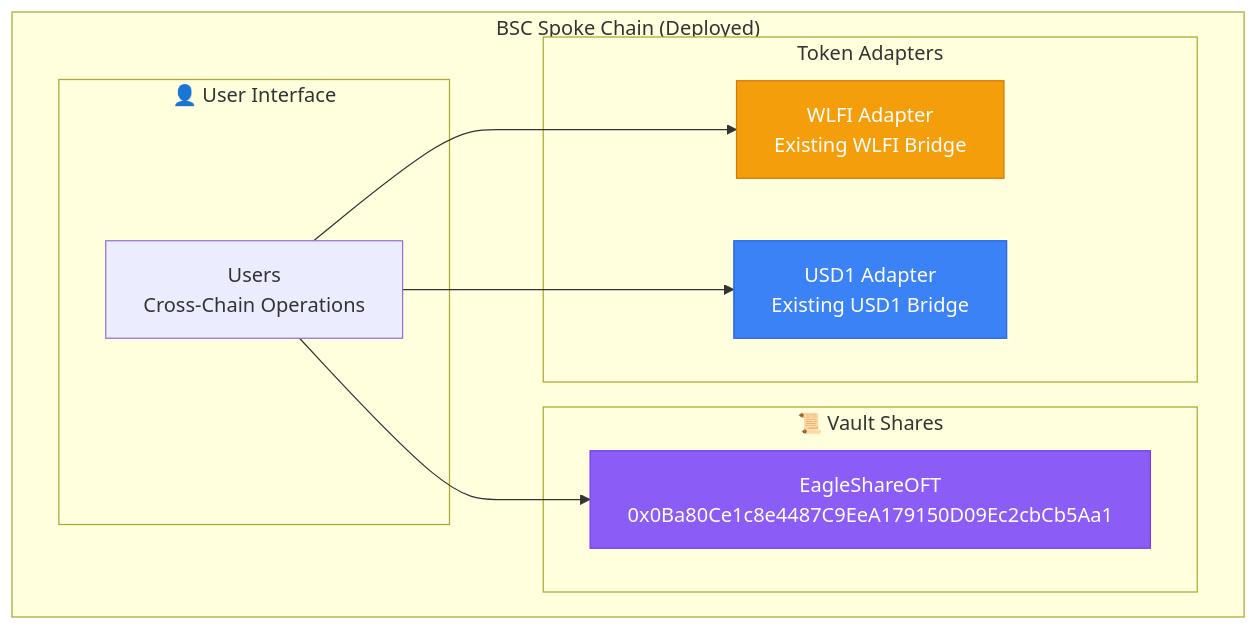
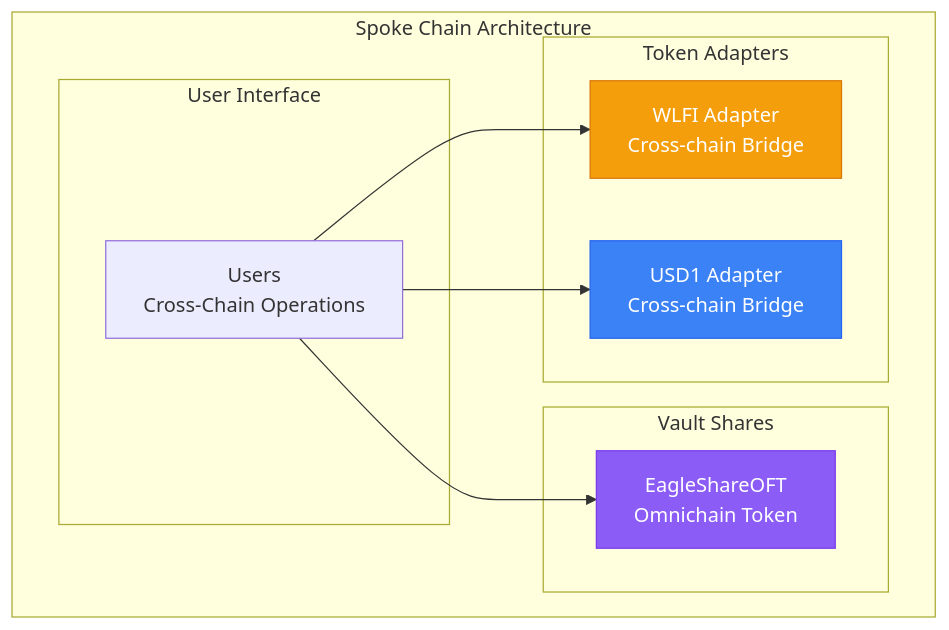
One commit to 47-Eagle/docs changed the second of 5 diagrams in docs/dev/architecture.md. Above: the diagram before and after it, drawn with Mermaid. The commit also changed other lines of this file, not shown here.

First line of the commit message:
🔒 Complete BSC/BNB Chain Redaction from Architecture

````diff
--- a/docs/dev/architecture.md
+++ b/docs/dev/architecture.md
@@ -162,25 +162,25 @@
 ```mermaid
 graph TB
-    subgraph "BSC Spoke Chain (Deployed)"
+    subgraph "Spoke Chain Architecture"
         subgraph "Token Adapters"
-            WA[WLFI Adapter<br/>Existing WLFI Bridge]
-            UA[USD1 Adapter<br/>Existing USD1 Bridge]
+            WA[WLFI Adapter<br/>Cross-chain Bridge]
+            UA[USD1 Adapter<br/>Cross-chain Bridge]
         end
         
-        subgraph "📜 Vault Shares"
-            SO[EagleShareOFT<br/>0x0Ba80Ce1c8e4487C9EeA179150D09Ec2cbCb5Aa1]
+        subgraph "Vault Shares"
+            SO[EagleShareOFT<br/>Omnichain Token]
         end
         
-        subgraph "👤 User Interface"
+        subgraph "User Interface"
             USER[Users<br/>Cross-Chain Operations]
         end
         
         USER --> WA
         USER --> UA
         USER --> SO
     end
     
     style WA fill:#f59e0b,stroke:#d97706,color:#fff
     style UA fill:#3b82f6,stroke:#2563eb,color:#fff
     style SO fill:#8b5cf6,stroke:#7c3aed,color:#fff
 ```
````
